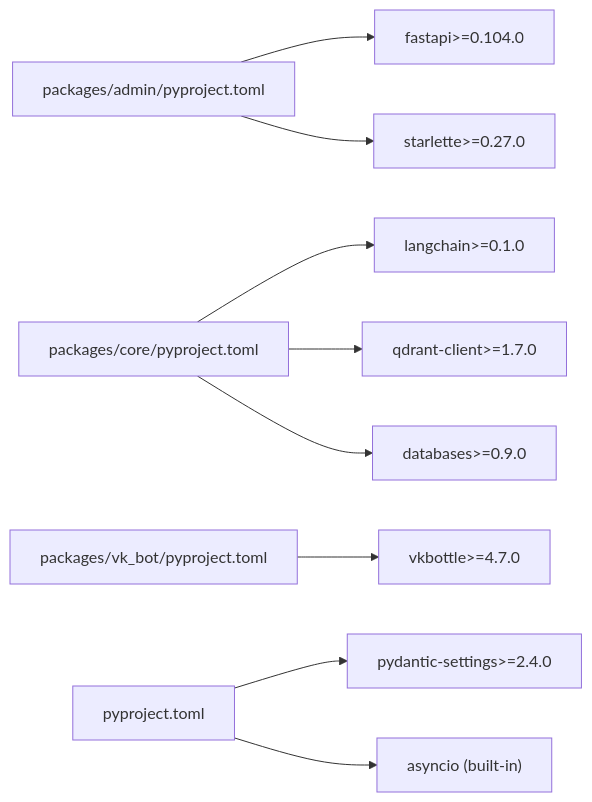
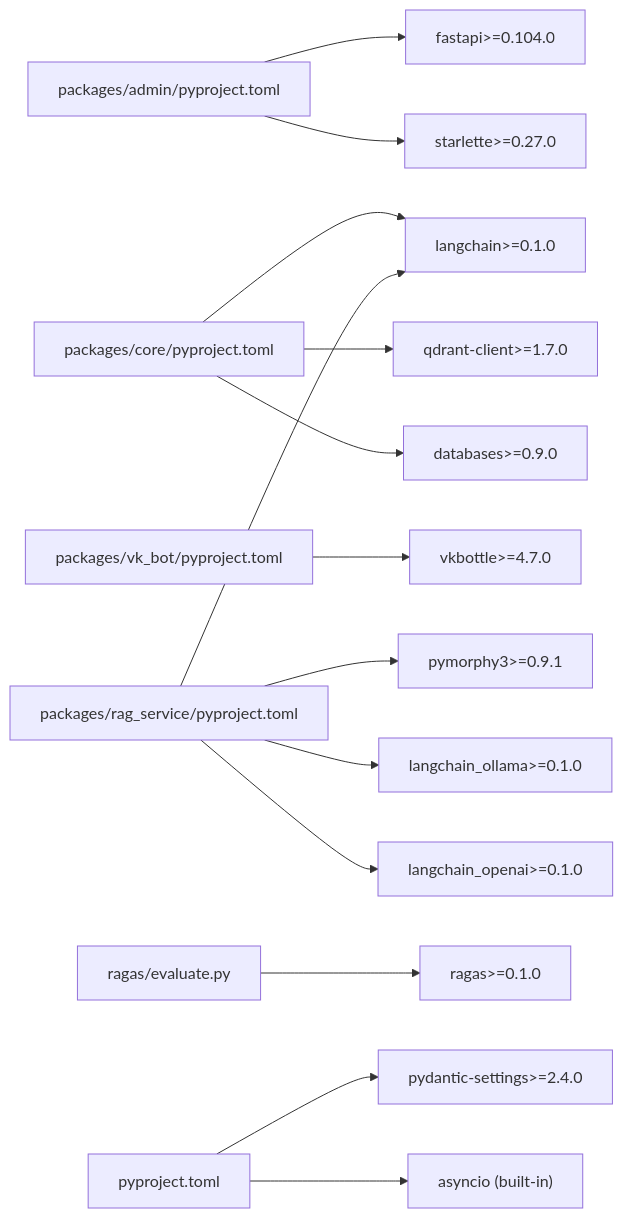
Before and after one commit to ognelis/cafetera_hr_bot: the fourth of 4 diagrams in .qoder/repowiki/en/content/API Reference/API Reference.md, drawn with Mermaid. The commit also changed other lines of this file and 51 other files, not shown here.

````diff
--- a/.qoder/repowiki/en/content/API Reference/API Reference.md
+++ b/.qoder/repowiki/en/content/API Reference/API Reference.md
@@ -716,11 +1107,16 @@
 ```mermaid
 graph LR
 P_ADMIN["packages/admin/pyproject.toml"] --> FA["fastapi>=0.104.0"]
 P_ADMIN --> ST["starlette>=0.27.0"]
 P_CORE["packages/core/pyproject.toml"] --> LC["langchain>=0.1.0"]
 P_CORE --> QC["qdrant-client>=1.7.0"]
 P_CORE --> DB["databases>=0.9.0"]
 P_VK["packages/vk_bot/pyproject.toml"] --> VB["vkbottle>=4.7.0"]
+P_RAG["packages/rag_service/pyproject.toml"] --> LC["langchain>=0.1.0"]
+P_RAG --> PM["pymorphy3>=0.9.1"]
+P_RAG --> LO["langchain_ollama>=0.1.0"]
+P_RAG --> LOP["langchain_openai>=0.1.0"]
+P_EVAL["ragas/evaluate.py"] --> RAGAS["ragas>=0.1.0"]
 P_ALL["pyproject.toml"] --> PS["pydantic-settings>=2.4.0"]
 P_ALL --> AS["asyncio (built-in)"]
 ```
````
